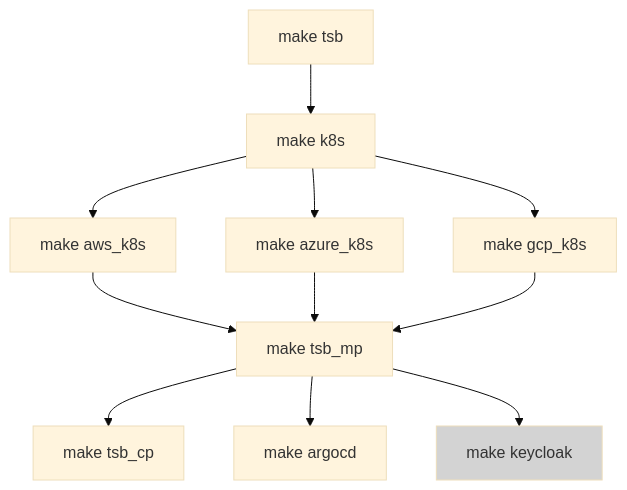
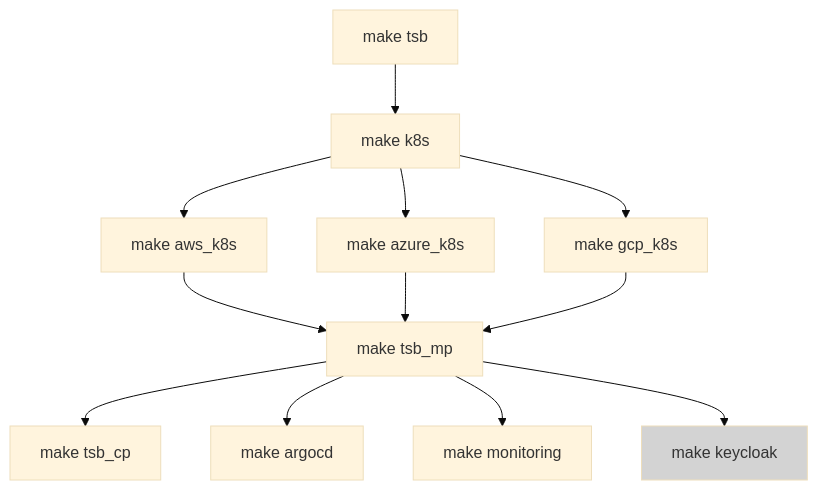
The diagram in README.md (tetratelabs/tetrate-service-bridge-sandbox), drawn with Mermaid (base theme) before and after one commit. The commit also changed 23 other files, not shown here.

Commit message:
Add module to deploy the TSB platform monitoring and dashboards

````diff
--- a/README.md
+++ b/README.md
@@ -15,14 +15,15 @@
 ```mermaid
   graph TD;
       A[make tsb] --> B[make k8s]
       B[make k8s] --> C[make aws_k8s]
       B[make k8s] --> CC[make azure_k8s]
       B[make k8s] --> CCC[make gcp_k8s]
       C[make aws_k8s] --> D[make tsb_mp]
       CC[make azure_k8s] --> D[make tsb_mp]
       CCC[make gcp_k8s] --> D[make tsb_mp]
       D[make tsb_mp] --> DD[make tsb_cp]
       D[make tsb_mp] --> G[make argocd]
+      D[make tsb_mp] --> H[make monitoring]
       D[make tsb_mp] --> F[make keycloak]
       style F fill:lightgrey
 ```
````
